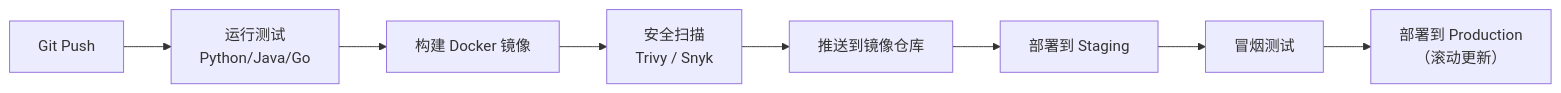
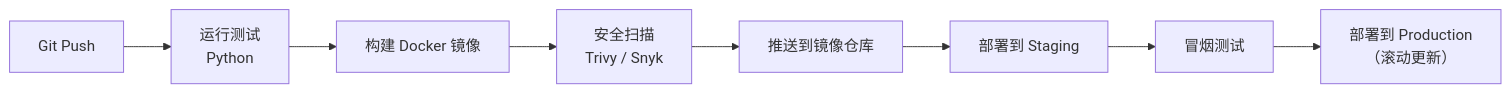
Before and after one commit to HenryVarro666/Medical-Multi-Agent-System: the seventh of 8 diagrams in docs/07-部署运维指南.md, drawn with Mermaid. The commit also changed other lines of this file and 33 other files, not shown here.

First line of the commit message:
Wire GraphRAG/DDI into pipeline, add retry guard + eval harness; run eval on local vLLM

````diff
--- a/docs/07-部署运维指南.md
+++ b/docs/07-部署运维指南.md
@@ -1230,10 +1104,10 @@
 ```mermaid
 graph LR
-    PUSH["Git Push"] --> TEST["运行测试<br/>Python/Java/Go"]
+    PUSH["Git Push"] --> TEST["运行测试<br/>Python"]
     TEST --> BUILD["构建 Docker 镜像"]
     BUILD --> SCAN["安全扫描<br/>Trivy / Snyk"]
     SCAN --> PUSH_IMG["推送到镜像仓库"]
     PUSH_IMG --> DEPLOY_STG["部署到 Staging"]
     DEPLOY_STG --> SMOKE["冒烟测试"]
     SMOKE --> DEPLOY_PROD["部署到 Production<br/>（滚动更新）"]
 ```
````
